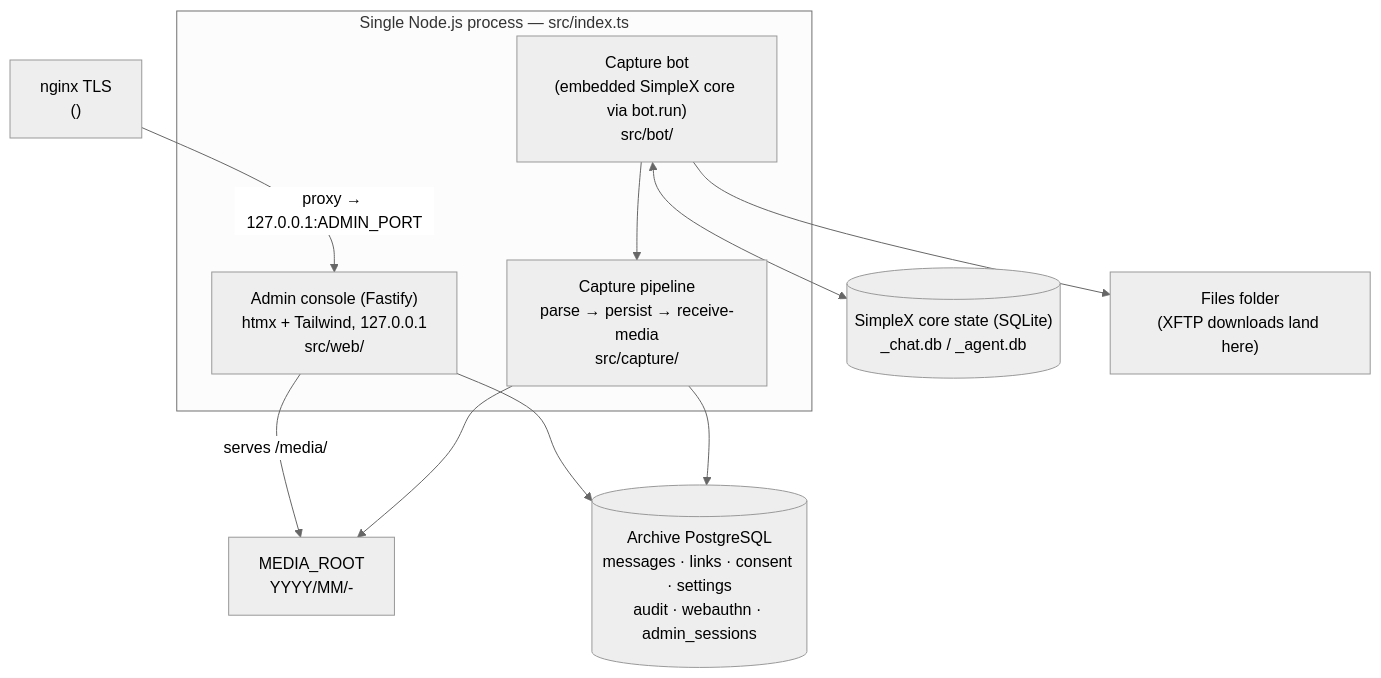
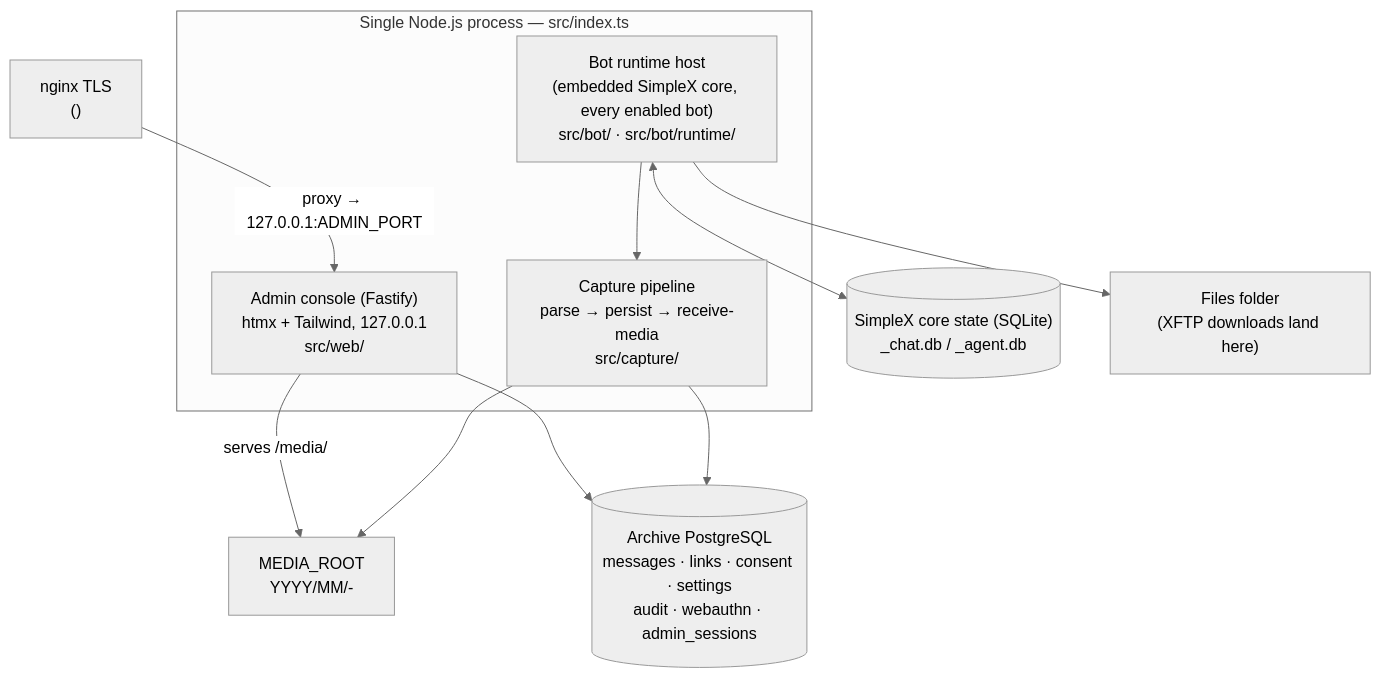
Before and after one commit to saschadaemgen/CIND3R3LLA: the first of 2 diagrams in docs/architecture.md, drawn with Mermaid (neutral theme). The commit also changed other lines of this file and 11 other files, not shown here.

````diff
--- a/docs/architecture.md
+++ b/docs/architecture.md
@@ -28,22 +38,22 @@
 ```mermaid
 flowchart TB
   subgraph proc["Single Node.js process — src/index.ts"]
-    bot["Capture bot\n(embedded SimpleX core via bot.run)\nsrc/bot/"]
+    bot["Bot runtime host\n(embedded SimpleX core, every enabled bot)\nsrc/bot/ · src/bot/runtime/"]
     pipe["Capture pipeline\nparse → persist → receive-media\nsrc/capture/"]
     admin["Admin console (Fastify)\nhtmx + Tailwind, 127.0.0.1\nsrc/web/"]
   end
   simplexdb[("SimpleX core state (SQLite)\n<prefix>_chat.db / _agent.db")]
   files["Files folder\n(XFTP downloads land here)"]
   media["MEDIA_ROOT\nYYYY/MM/<fileId>-<name>"]
   pg[("Archive PostgreSQL\nmessages · links · consent · settings\naudit · webauthn · admin_sessions")]
   nginx["nginx TLS\n(<admin-host>)"]
 
   bot <--> simplexdb
   bot --> files
   bot --> pipe
   pipe --> media
   pipe --> pg
   admin --> pg
   admin -->|serves /media/| media
   nginx -->|proxy → 127.0.0.1:ADMIN_PORT| admin
 ```
````
